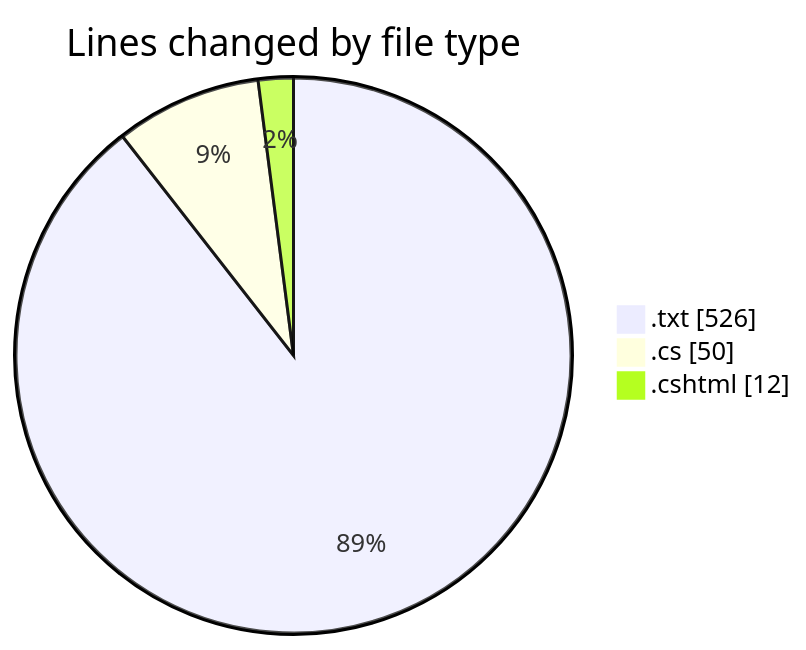
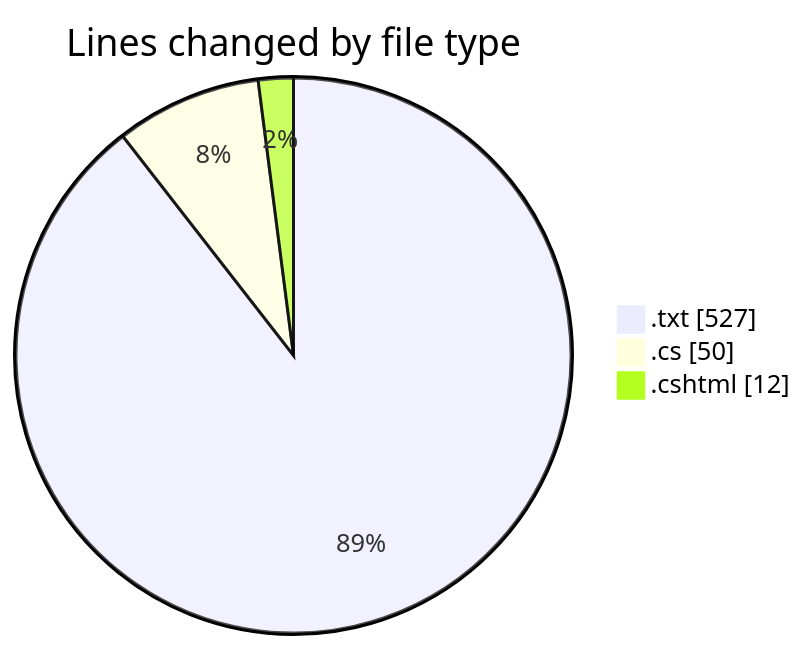
One commit to lephambinh05/code-tracking changed the first of 2 diagrams in 2025-07-26/quanlyrapchieuphim-1/README.md. Above: the diagram before and after it, drawn with Mermaid. The commit also changed other lines of this file and 1 other file, not shown here.

````diff
--- a/2025-07-26/quanlyrapchieuphim-1/README.md
+++ b/2025-07-26/quanlyrapchieuphim-1/README.md
@@ -24,7 +24,7 @@
 ```mermaid
 pie showData
 title Lines changed by file type
-".txt" : 526
+".txt" : 527
 ".cs" : 50
 ".cshtml" : 12
 ```
````
